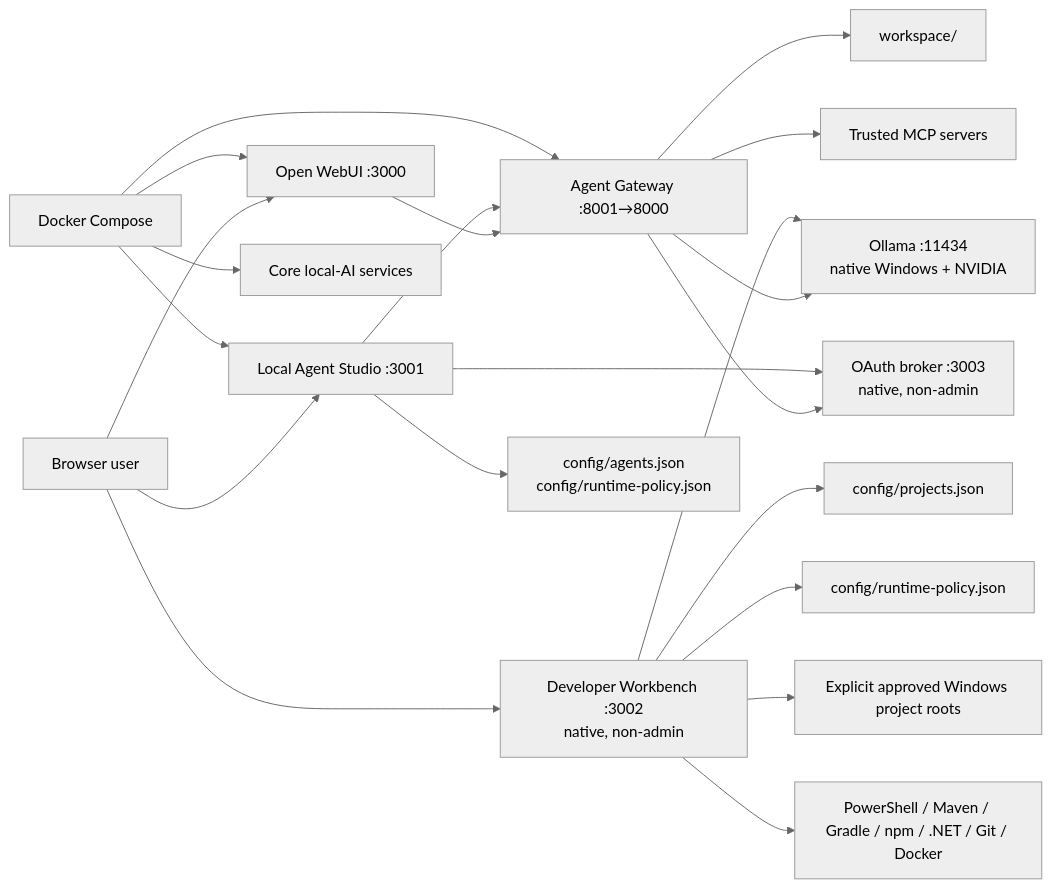
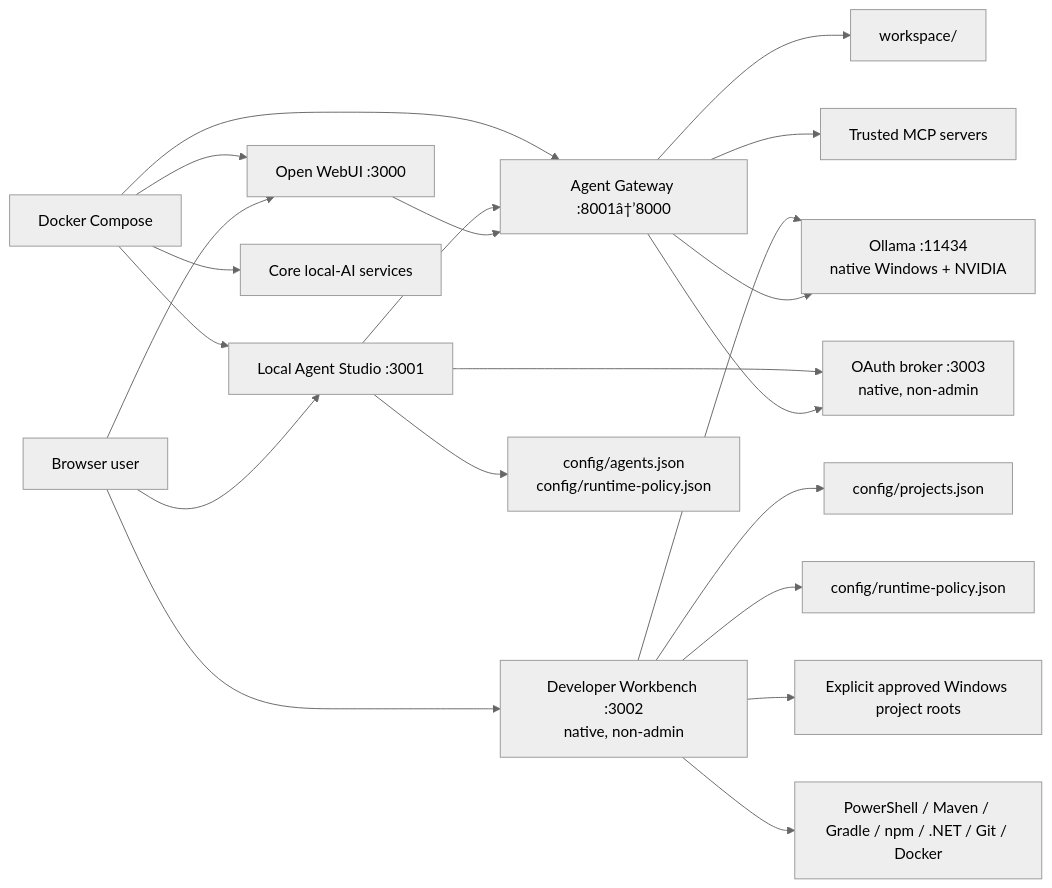
One commit to divps0308/dsalgo-local-ai-setup-public changed the first of 7 diagrams in dev-guide.md. Above: the diagram before and after it, drawn with Mermaid (neutral theme). The commit also changed other lines of this file and 8 other files, not shown here.

````diff
--- a/dev-guide.md
+++ b/dev-guide.md
@@ -145,27 +145,27 @@
 ```mermaid
 flowchart LR
     User["Browser user"] --> WebUI["Open WebUI :3000"]
     User --> Studio["Local Agent Studio :3001"]
     User --> Workbench["Developer Workbench :3002<br/>native, non-admin"]
 
-    WebUI --> Gateway["Agent Gateway :8001→8000"]
+    WebUI --> Gateway["Agent Gateway :8001â†’8000"]
     Studio --> Gateway
     Studio --> Config["config/agents.json<br/>config/runtime-policy.json"]
     Workbench --> Projects["config/projects.json"]
     Workbench --> Policy["config/runtime-policy.json"]
 
     Gateway --> Ollama["Ollama :11434<br/>native Windows + NVIDIA"]
     Workbench --> Ollama
     Gateway --> Workspace["workspace/"]
     Gateway --> MCP["Trusted MCP servers"]
     Gateway --> Broker["OAuth broker :3003<br/>native, non-admin"]
     Studio --> Broker
 
     Workbench --> LocalProjects["Explicit approved Windows project roots"]
     Workbench --> Tools["PowerShell / Maven / Gradle / npm / .NET / Git / Docker"]
 
     Compose["Docker Compose"] --> WebUI
     Compose --> Gateway
     Compose --> Studio
     Compose --> Core["Core local-AI services"]
 ```
````
